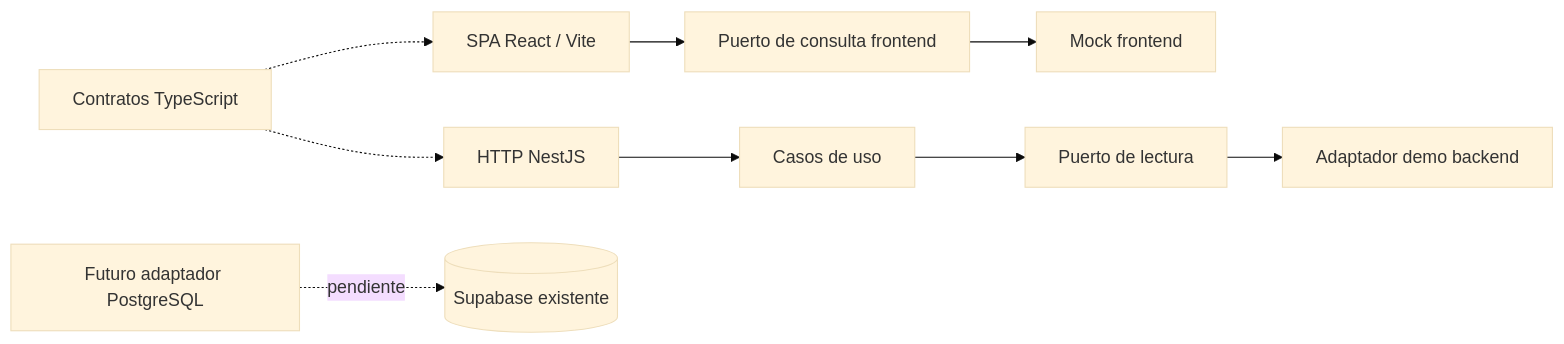
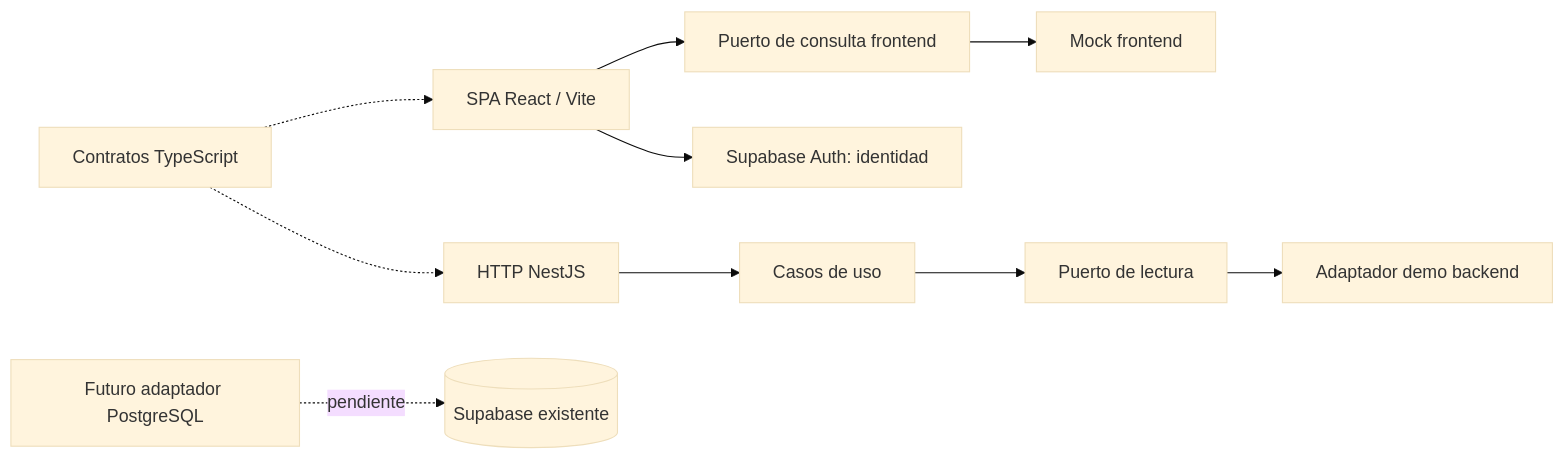
Before and after one commit to Leo-garnica/Cadena-Farmacias: the diagram in docs/architecture/ARCHITECTURE.md, drawn with Mermaid (base theme). The commit also changed other lines of this file and 28 other files, not shown here.

````diff
--- a/docs/architecture/ARCHITECTURE.md
+++ b/docs/architecture/ARCHITECTURE.md
@@ -8,11 +13,12 @@
 ```mermaid
 flowchart LR
   UI[SPA React / Vite] --> F[Puerto de consulta frontend]
+  UI --> AUTH[Supabase Auth: identidad]
   F --> FM[Mock frontend]
   API[HTTP NestJS] --> APP[Casos de uso]
   APP --> PORT[Puerto de lectura]
   PORT --> DEMO[Adaptador demo backend]
   C[Contratos TypeScript] -.-> UI
   C -.-> API
   FUT[Futuro adaptador PostgreSQL] -. pendiente .-> DB[(Supabase existente)]
 ```
````
